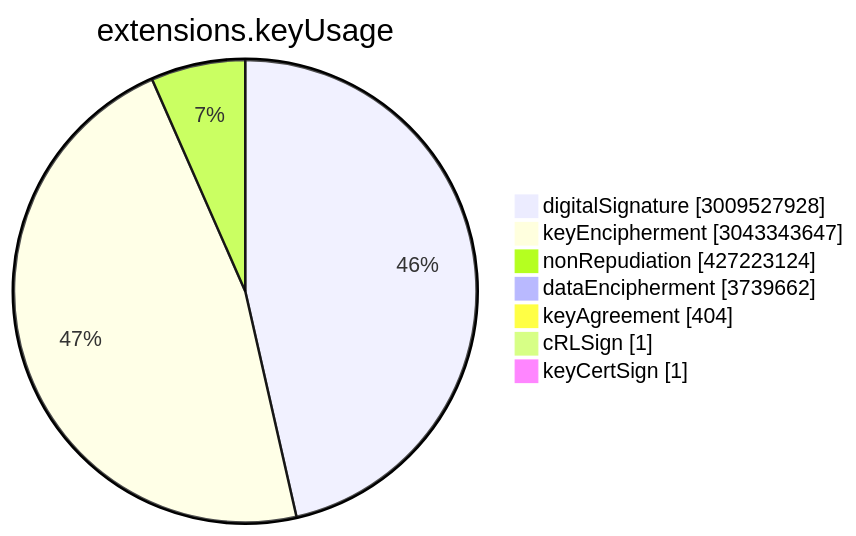
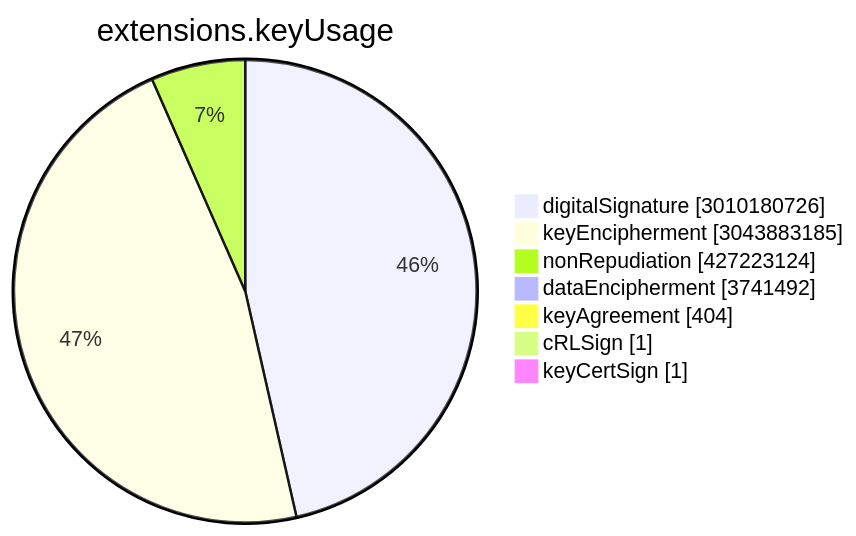
One commit to christiankrug/ctmonitor_visualization changed the sixth of 15 diagrams in TOTAL/README.md. Above: the diagram before and after it, drawn with Mermaid. The commit also changed other lines of this file, not shown here.

````diff
--- a/TOTAL/README.md
+++ b/TOTAL/README.md
@@ -3076,11 +3076,11 @@
 ```mermaid
 pie showData
 title extensions.keyUsage
-"digitalSignature" :3009527928
-"keyEncipherment" :3043343647
+"digitalSignature" :3010180726
+"keyEncipherment" :3043883185
 "nonRepudiation" :427223124
-"dataEncipherment" :3739662
+"dataEncipherment" :3741492
 "keyAgreement" :404
 "cRLSign" :1
 "keyCertSign" :1
 ```
````
